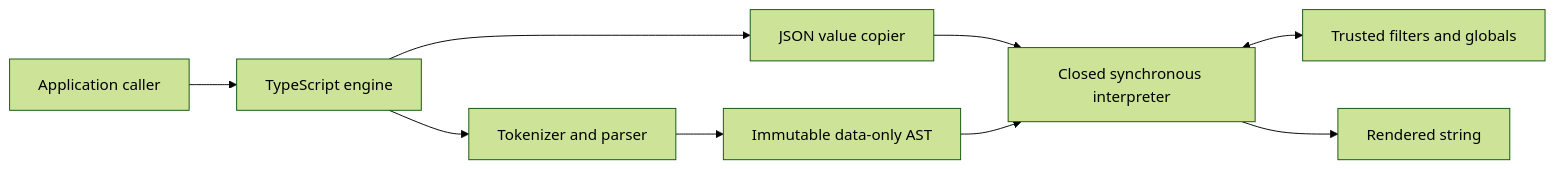
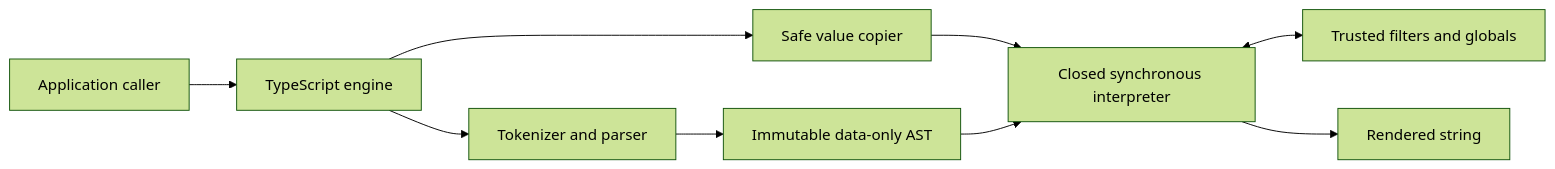
The diagram in docs/architecture.md (Rugvip/nunjitsu), drawn with Mermaid (forest theme) before and after one commit. The commit also changed other lines of this file and 9 other files, not shown here.

Commit message:
docs: align architecture with implementation

````diff
--- a/docs/architecture.md
+++ b/docs/architecture.md
@@ -22,11 +22,11 @@
 ```mermaid
 flowchart LR
     A["Application caller"] --> B["TypeScript engine"]
-    B --> C["JSON value copier"]
+    B --> C["Safe value copier"]
     B --> D["Tokenizer and parser"]
     D --> E["Immutable data-only AST"]
     C --> F["Closed synchronous interpreter"]
     E --> F
     F <--> G["Trusted filters and globals"]
     F --> H["Rendered string"]
 ```
````
